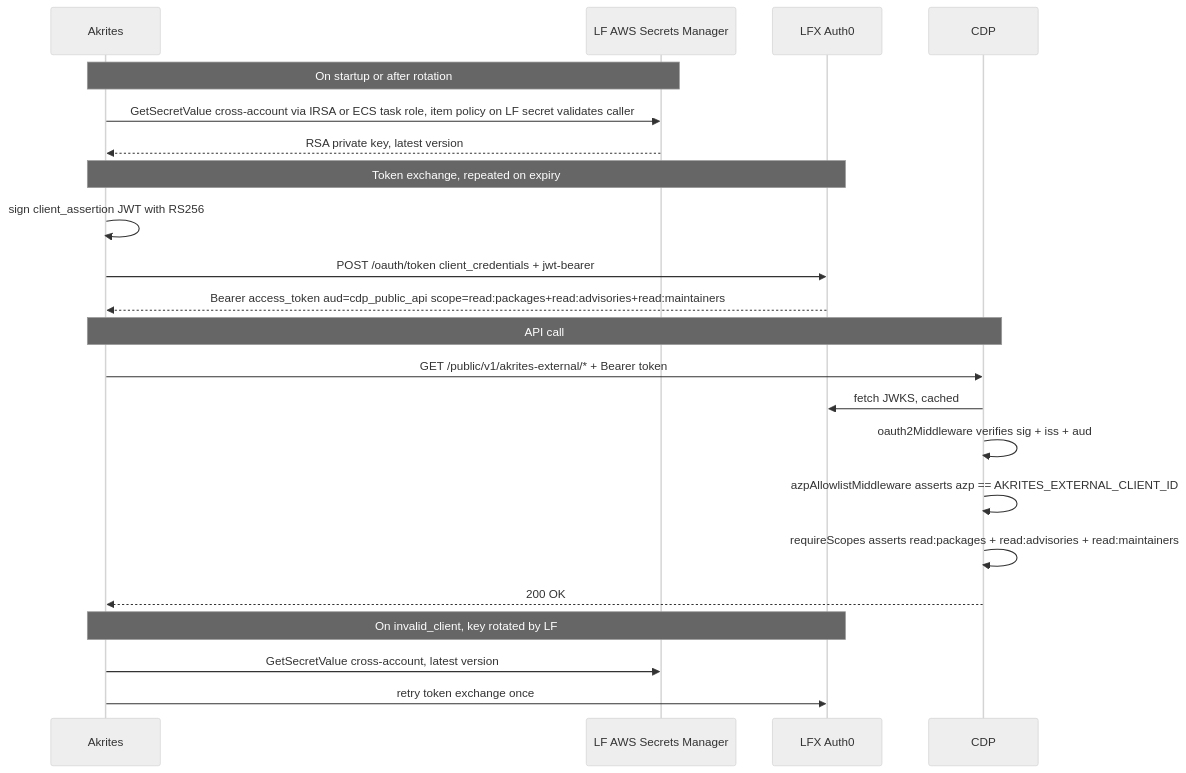
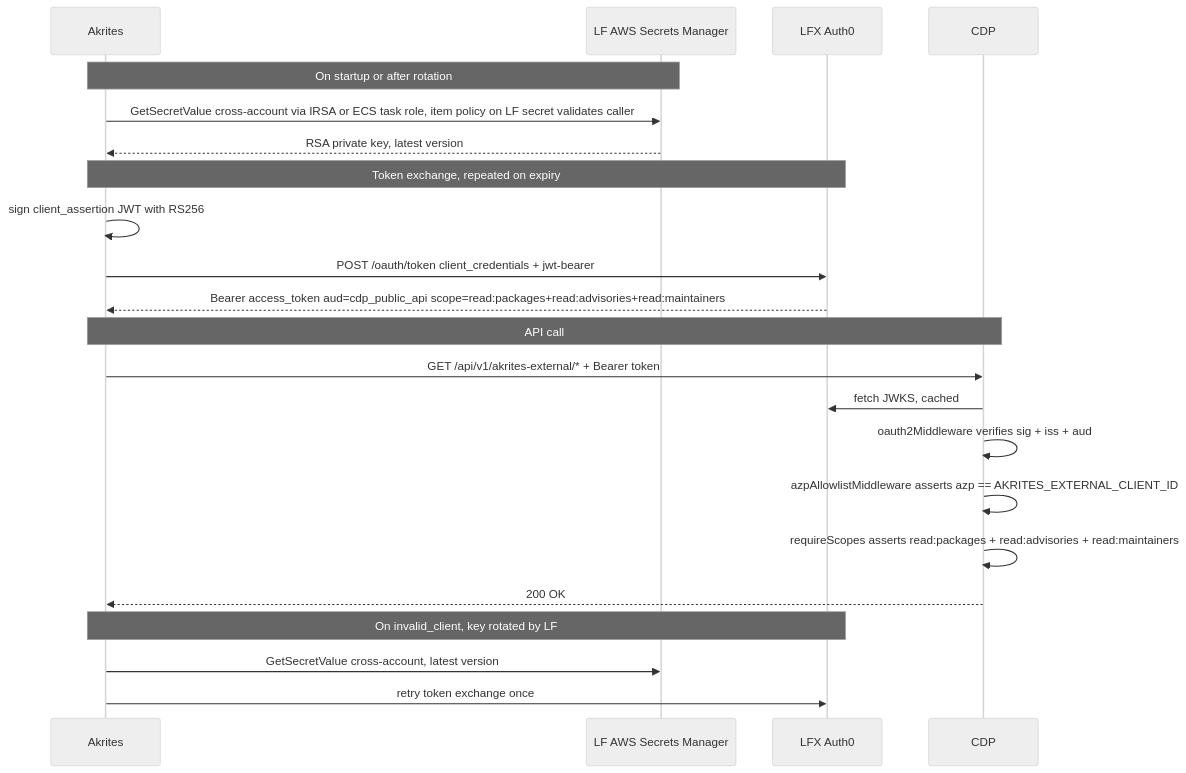
The diagram in docs/adr/0009-akrites-cdp-public-api-authentication.md (linuxfoundation/crowd.dev), drawn with Mermaid (neutral theme) before and after one commit. The commit also changed other lines of this file and 1 other file, not shown here.

````diff
--- a/docs/adr/0009-akrites-cdp-public-api-authentication.md
+++ b/docs/adr/0009-akrites-cdp-public-api-authentication.md
@@ -75,28 +84,28 @@
 ```mermaid
 sequenceDiagram
     participant Akrites
     participant SM as LF AWS Secrets Manager
     participant Auth0 as LFX Auth0
     participant CDP
 
     Note over Akrites,SM: On startup or after rotation
     Akrites->>SM: GetSecretValue cross-account via IRSA or ECS task role, item policy on LF secret validates caller
     SM-->>Akrites: RSA private key, latest version
 
     Note over Akrites,Auth0: Token exchange, repeated on expiry
     Akrites->>Akrites: sign client_assertion JWT with RS256
     Akrites->>Auth0: POST /oauth/token client_credentials + jwt-bearer
     Auth0-->>Akrites: Bearer access_token aud=cdp_public_api scope=read:packages+read:advisories+read:maintainers
 
     Note over Akrites,CDP: API call
-    Akrites->>CDP: GET /public/v1/akrites-external/* + Bearer token
+    Akrites->>CDP: GET /api/v1/akrites-external/* + Bearer token
     CDP->>Auth0: fetch JWKS, cached
     CDP->>CDP: oauth2Middleware verifies sig + iss + aud
     CDP->>CDP: azpAllowlistMiddleware asserts azp == AKRITES_EXTERNAL_CLIENT_ID
     CDP->>CDP: requireScopes asserts read:packages + read:advisories + read:maintainers
     CDP-->>Akrites: 200 OK
 
     Note over Akrites,Auth0: On invalid_client, key rotated by LF
     Akrites->>SM: GetSecretValue cross-account, latest version
     Akrites->>Auth0: retry token exchange once
 ```
````
